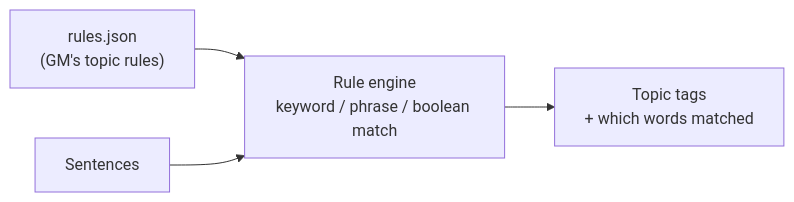
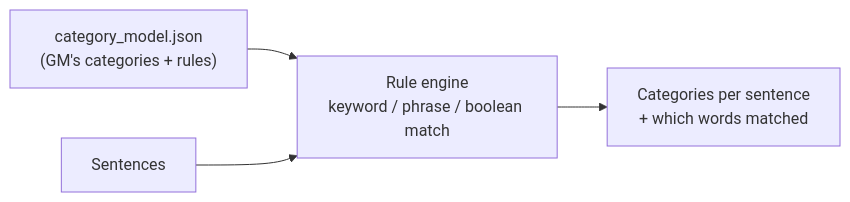
The second of 5 diagrams in docs/ARCHITECTURE.md (dariakrasavina/GM_VOC), drawn with Mermaid before and after one commit. The commit also changed other lines of this file and 24 other files, not shown here.

````diff
--- a/docs/ARCHITECTURE.md
+++ b/docs/ARCHITECTURE.md
@@ -39,10 +45,10 @@
 ```mermaid
 flowchart LR
-    RULES["rules.json<br/>(GM's topic rules)"]
+    CM["category_model.json<br/>(GM's categories + rules)"]
     IN["Sentences"]
     ENGINE["Rule engine<br/>keyword / phrase / boolean match"]
-    TAGS["Topic tags<br/>+ which words matched"]
+    TAGS["Categories per sentence<br/>+ which words matched"]
 
-    RULES --> ENGINE
+    CM --> ENGINE
     IN --> ENGINE --> TAGS
 ```
````
